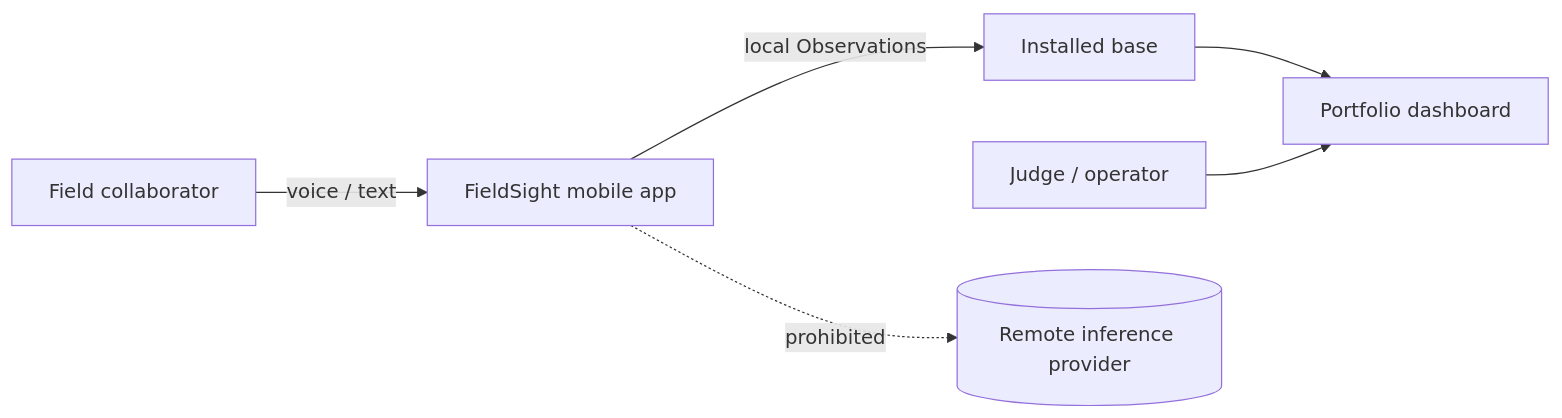
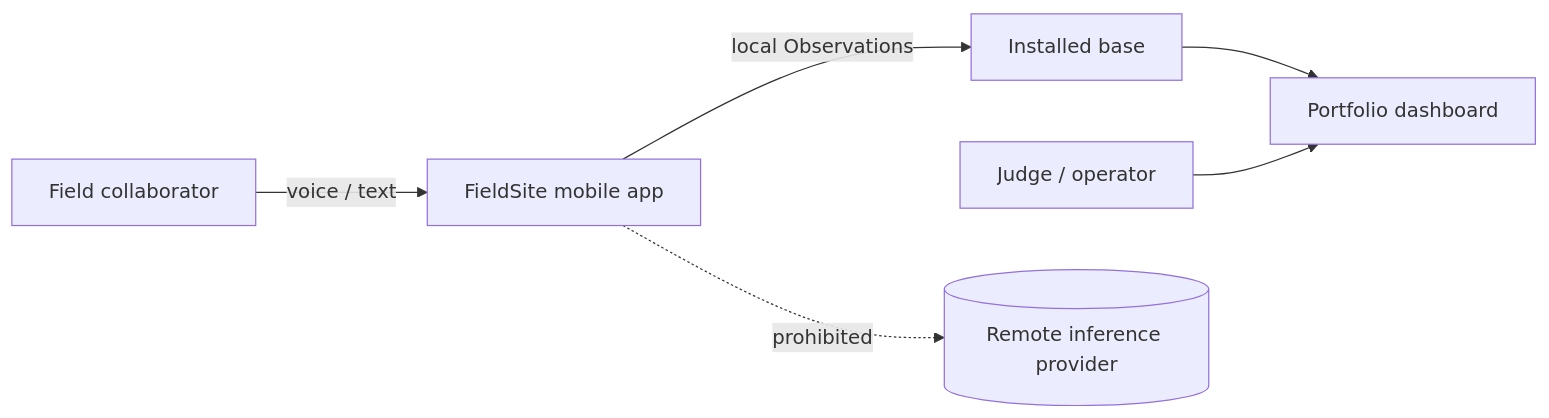
One commit to quantumquirkxyz/Caffeine-Express changed the first of 4 diagrams in docs/architecture.md. Above: the diagram before and after it, drawn with Mermaid. The commit also changed other lines of this file and 11 other files, not shown here.

````diff
--- a/docs/architecture.md
+++ b/docs/architecture.md
@@ -18,10 +18,10 @@
 ```mermaid
 flowchart LR
-    C["Field collaborator"] -->|voice / text| APP["FieldSight mobile app"]
+    C["Field collaborator"] -->|voice / text| APP["FieldSite mobile app"]
     APP -->|local Observations| BASE["Installed base"]
     BASE --> DASH["Portfolio dashboard"]
     J["Judge / operator"] --> DASH
 
     CLOUD[("Remote inference provider")]
     APP -. prohibited .-> CLOUD
 ```
````
